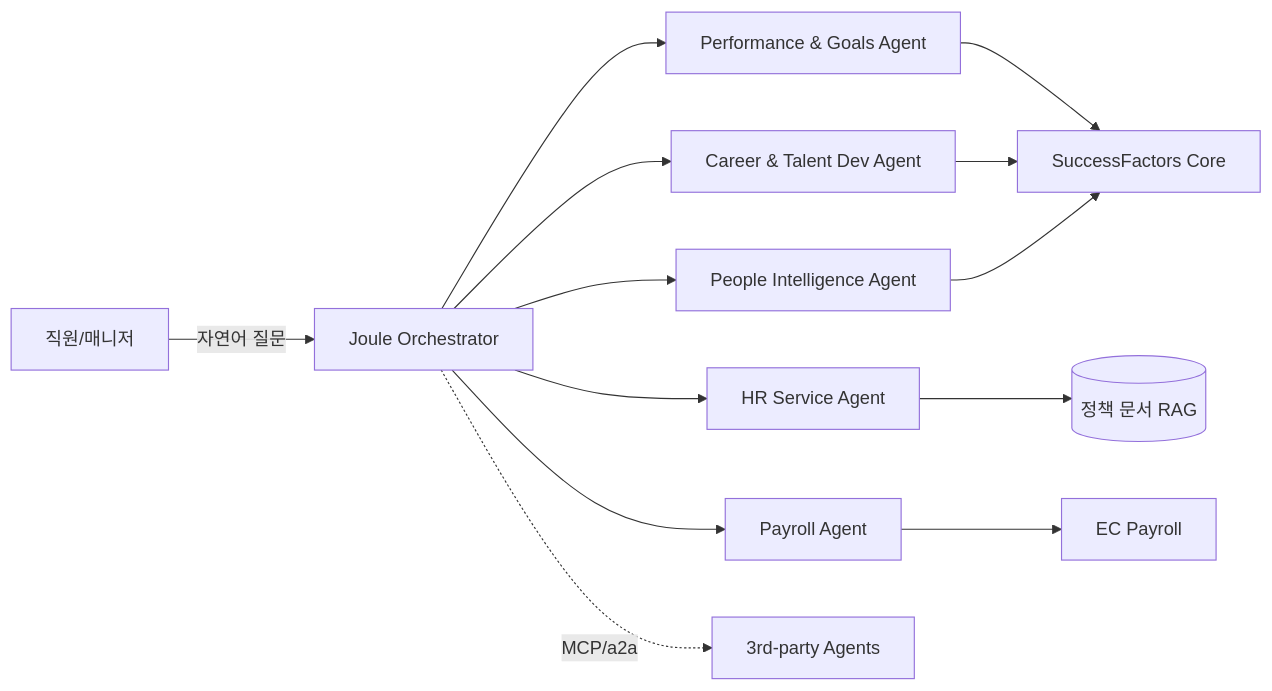
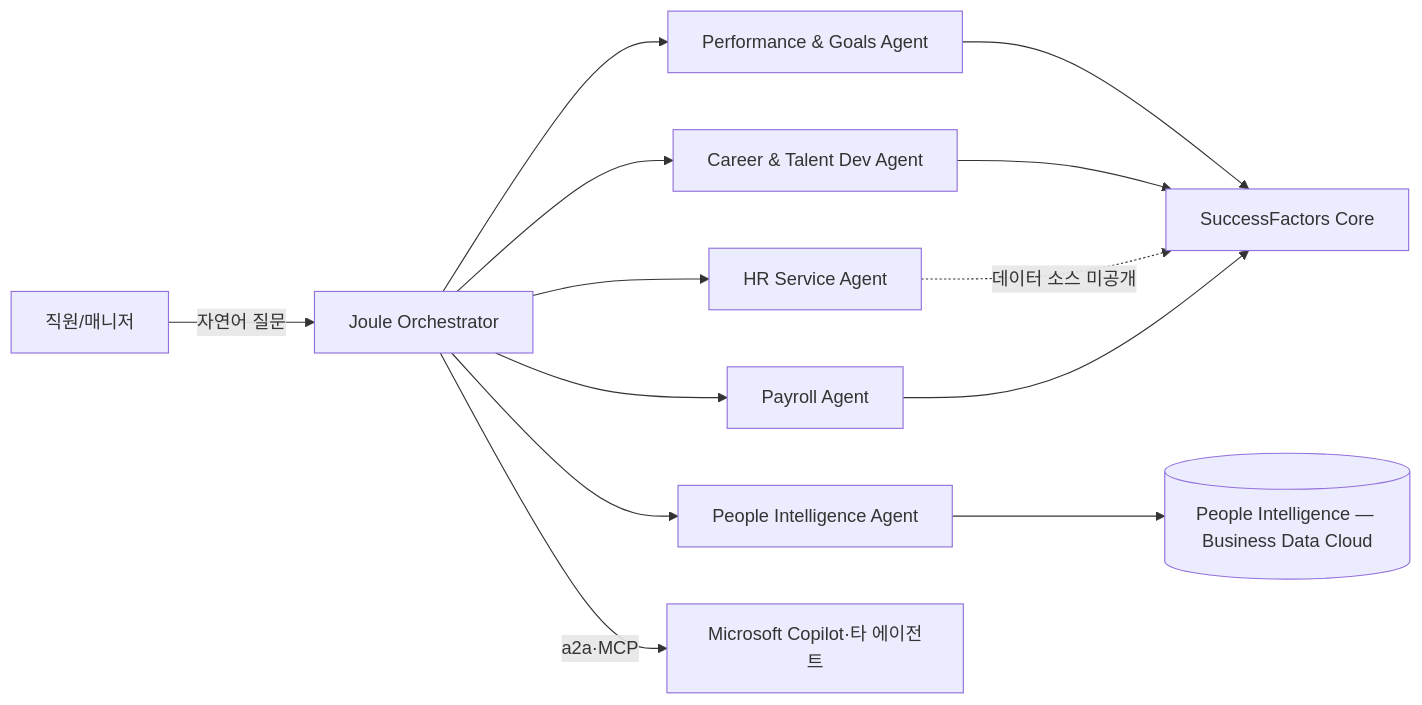
The diagram in wiki/usecases/sap-successfactors-1h-2026-joule-agents.md (jameskim1st/hr-ai-benchmark), drawn with Mermaid before and after one commit. The commit also changed other lines of this file and 222 other files, not shown here.

````diff
--- a/wiki/usecases/sap-successfactors-1h-2026-joule-agents.md
+++ b/wiki/usecases/sap-successfactors-1h-2026-joule-agents.md
@@ -108,15 +110,15 @@
 ```mermaid
 flowchart LR
     User[직원/매니저] -->|자연어 질문| Joule[Joule Orchestrator]
     Joule --> Perf[Performance & Goals Agent]
     Joule --> Career[Career & Talent Dev Agent]
     Joule --> Service[HR Service Agent]
     Joule --> People[People Intelligence Agent]
     Joule --> Pay[Payroll Agent]
     Perf --> SF[SuccessFactors Core]
     Career --> SF
-    Service --> KB[(정책 문서 RAG)]
-    People --> SF
-    Pay --> ECP[EC Payroll]
-    Joule -.->|MCP/a2a| Ext[3rd-party Agents]
+    Service -.->|"데이터 소스 미공개"| SF
+    People --> PI[(People Intelligence — Business Data Cloud)]
+    Pay --> SF
+    Joule -->|a2a·MCP| Ext[Microsoft Copilot·타 에이전트]
 ```
````
